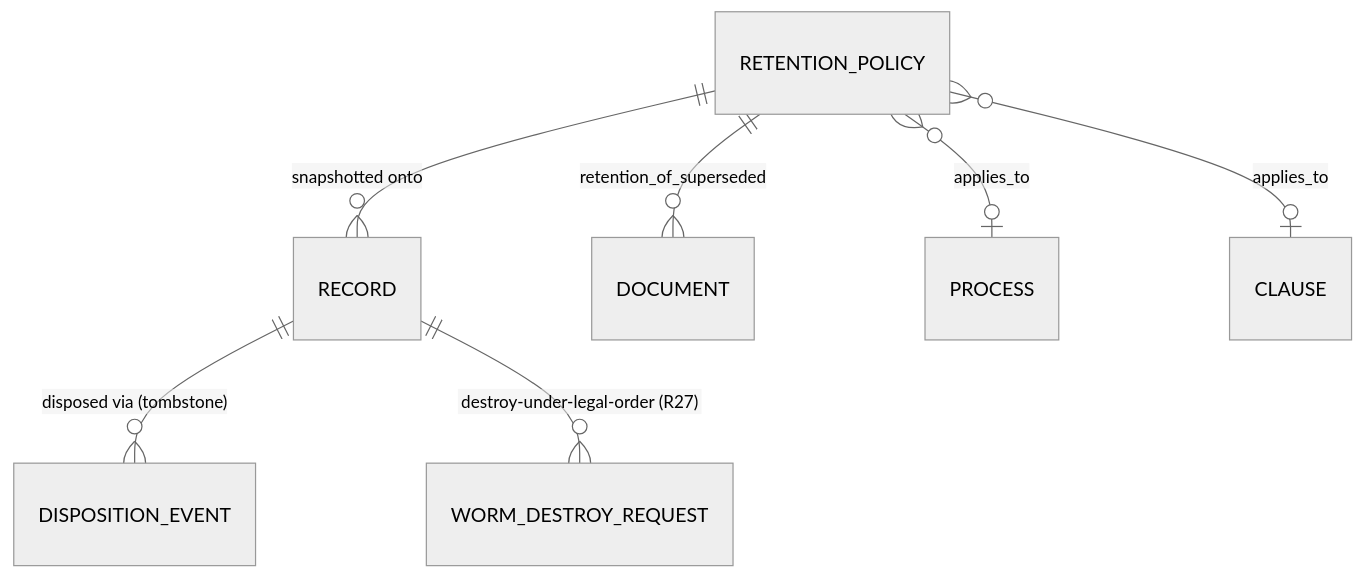
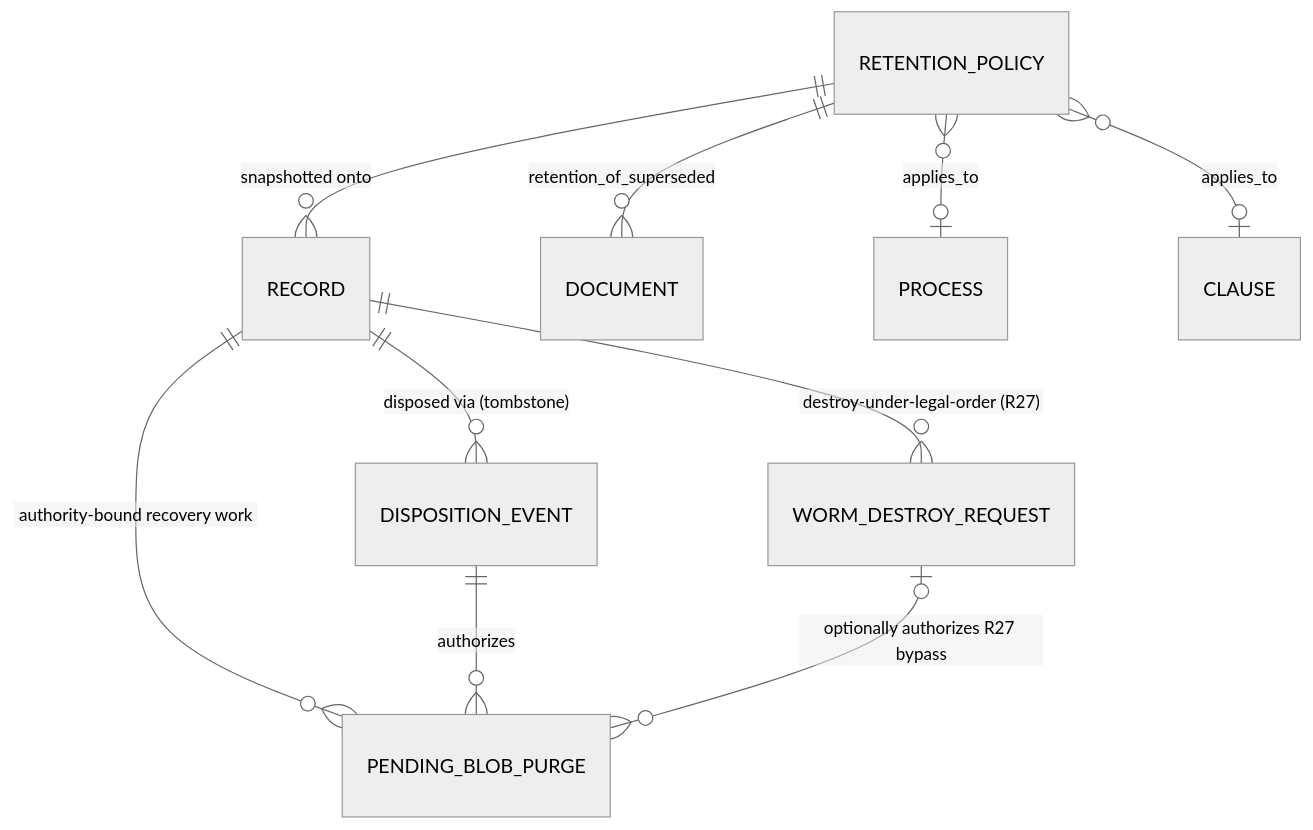
One commit to CoJoA13/EasySynQ changed the tenth of 13 diagrams in docs/14-data-model.md. Above: the diagram before and after it, drawn with Mermaid (neutral theme). The commit also changed other lines of this file and 12 other files, not shown here.

First line of the commit message:
fix(records): bind purge recovery to disposition authority (#411)

````diff
--- a/docs/14-data-model.md
+++ b/docs/14-data-model.md
@@ -496,9 +496,12 @@
 ```mermaid
 erDiagram
     RETENTION_POLICY ||--o{ RECORD : "snapshotted onto"
     RETENTION_POLICY ||--o{ DOCUMENT : "retention_of_superseded"
     RECORD ||--o{ DISPOSITION_EVENT : "disposed via (tombstone)"
     RECORD ||--o{ WORM_DESTROY_REQUEST : "destroy-under-legal-order (R27)"
+    RECORD ||--o{ PENDING_BLOB_PURGE : "authority-bound recovery work"
+    DISPOSITION_EVENT ||--o{ PENDING_BLOB_PURGE : "authorizes"
+    WORM_DESTROY_REQUEST |o--o{ PENDING_BLOB_PURGE : "optionally authorizes R27 bypass"
     RETENTION_POLICY }o--o| PROCESS : "applies_to"
     RETENTION_POLICY }o--o| CLAUSE : "applies_to"
 ```
````
